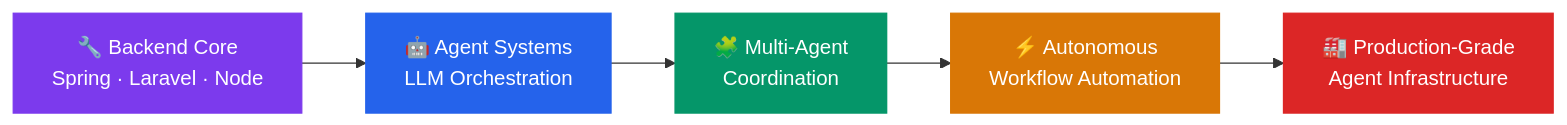
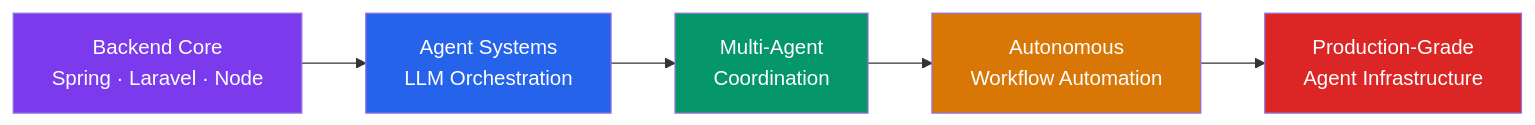
Before and after one commit to stepanusjanu19/stepanusjanu19: the diagram in README.md, drawn with Mermaid. The commit also changed other lines of this file, not shown here.

````diff
--- a/README.md
+++ b/README.md
@@ -151,12 +153,12 @@
 ```mermaid
 graph LR
-    A["🔧 Backend Core\nSpring · Laravel · Node"] --> B["🤖 Agent Systems\nLLM Orchestration"]
-    B --> C["🧩 Multi-Agent\nCoordination"]
-    C --> D["⚡ Autonomous\nWorkflow Automation"]
-    D --> E["🏭 Production-Grade\nAgent Infrastructure"]
-    style A fill:#7C3AED,color:#fff,stroke:#7C3AED
-    style B fill:#2563EB,color:#fff,stroke:#2563EB
-    style C fill:#059669,color:#fff,stroke:#059669
-    style D fill:#D97706,color:#fff,stroke:#D97706
-    style E fill:#DC2626,color:#fff,stroke:#DC2626
+    A[Backend Core\nSpring · Laravel · Node] --> B[Agent Systems\nLLM Orchestration]
+    B --> C[Multi-Agent\nCoordination]
+    C --> D[Autonomous\nWorkflow Automation]
+    D --> E[Production-Grade\nAgent Infrastructure]
+    style A fill:#7C3AED,color:#fff
+    style B fill:#2563EB,color:#fff
+    style C fill:#059669,color:#fff
+    style D fill:#D97706,color:#fff
+    style E fill:#DC2626,color:#fff
 ```
````
